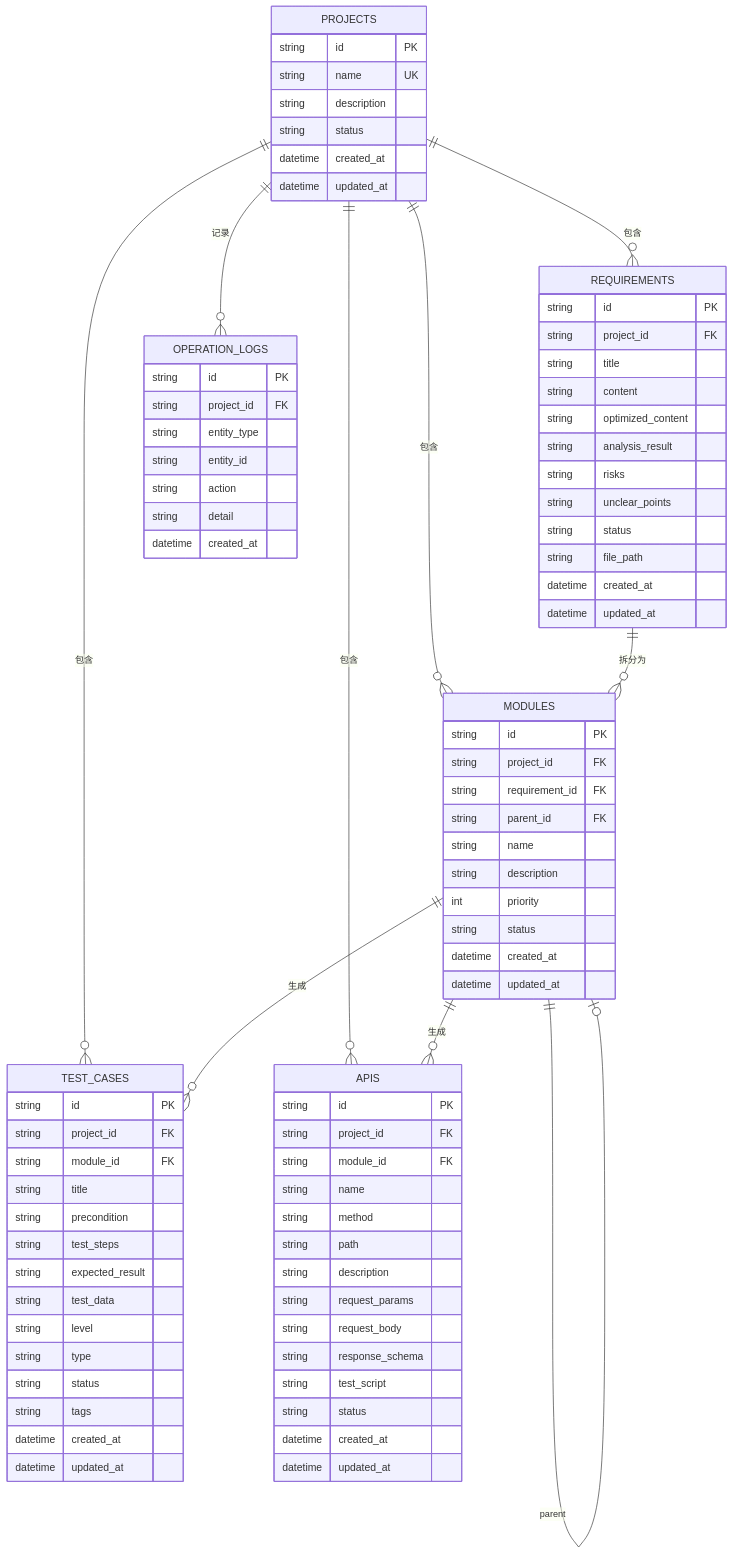
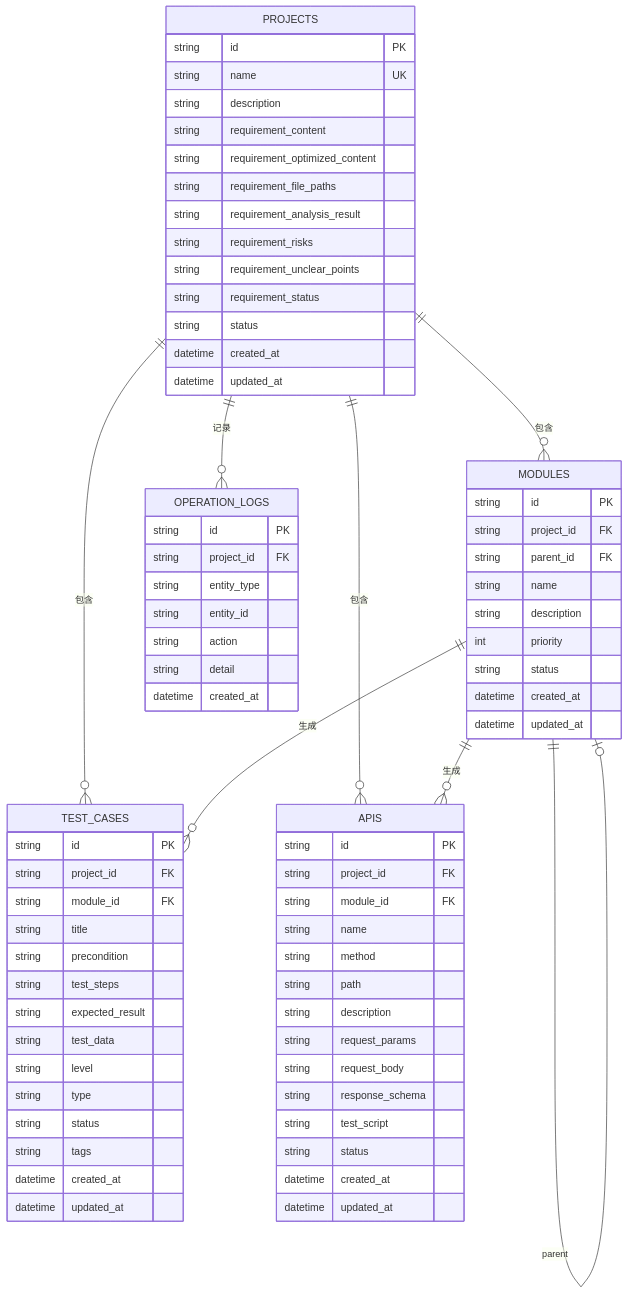
The diagram in doc/database_design.md (moderncrazy/ai-case-generator-demo), drawn with Mermaid before and after one commit. The commit also changed other lines of this file and 1 other file, not shown here.

````diff
--- a/doc/database_design.md
+++ b/doc/database_design.md
@@ -11,12 +11,10 @@
 ```mermaid
 erDiagram
-    PROJECTS ||--o{ REQUIREMENTS : "包含"
     PROJECTS ||--o{ MODULES : "包含"
     PROJECTS ||--o{ TEST_CASES : "包含"
     PROJECTS ||--o{ APIS : "包含"
     PROJECTS ||--o{ OPERATION_LOGS : "记录"
     
-    REQUIREMENTS ||--o{ MODULES : "拆分为"
     MODULES ||--o{ TEST_CASES : "生成"
     MODULES ||--o{ APIS : "生成"
     
@@ -26,22 +24,14 @@
         string id PK
         string name UK
         string description
+        string requirement_content
+        string requirement_optimized_content
+        string requirement_file_paths
+        string requirement_analysis_result
+        string requirement_risks
+        string requirement_unclear_points
+        string requirement_status
         string status
-        datetime created_at
-        datetime updated_at
-    }
-    
-    REQUIREMENTS {
-        string id PK
-        string project_id FK
-        string title
-        string content
-        string optimized_content
-        string analysis_result
-        string risks
-        string unclear_points
-        string status
-        string file_path
         datetime created_at
         datetime updated_at
     }
@@ -49,7 +39,6 @@
     MODULES {
         string id PK
         string project_id FK
-        string requirement_id FK
         string parent_id FK
         string name
         string description
````
